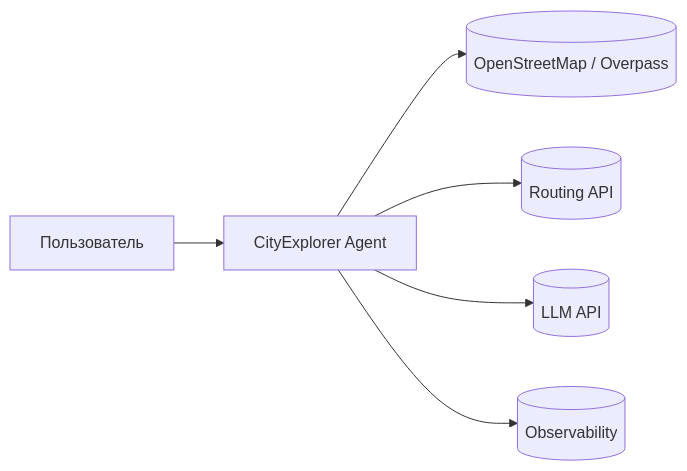
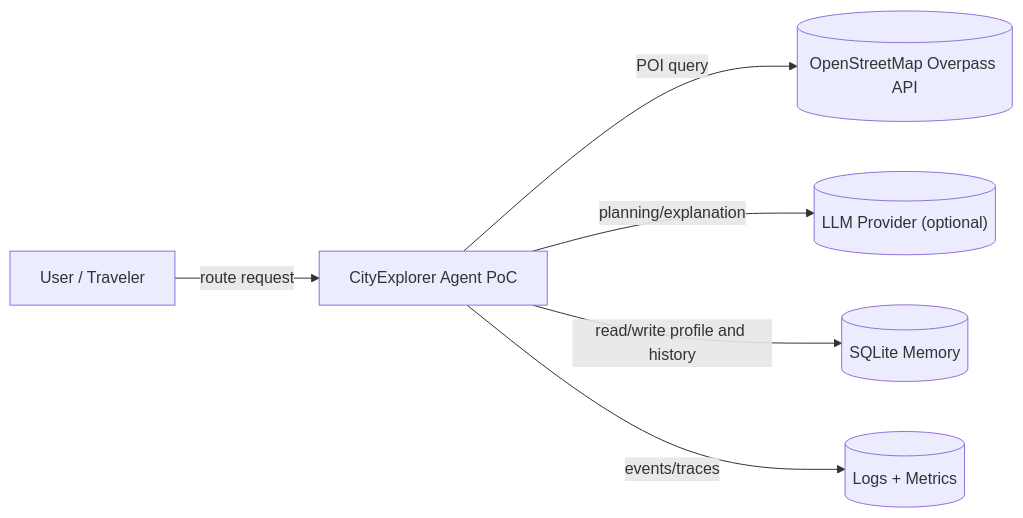
The diagram in docs/diagrams/c4-context.md (karaselerm/city-explorer-agent), drawn with Mermaid before and after one commit. The commit also changed other lines of this file and 61 other files, not shown here.

````diff
--- a/docs/diagrams/c4-context.md
+++ b/docs/diagrams/c4-context.md
@@ -3,16 +3,16 @@
 ```mermaid
 flowchart LR
-    User[Пользователь]
-    System[CityExplorer Agent]
+    User["User / Traveler"]
+    System["CityExplorer Agent PoC"]
 
-    OSM[(OpenStreetMap / Overpass)]
-    Routing[(Routing API)]
-    LLM[(LLM API)]
-    Logs[(Observability)]
+    OSM[("OpenStreetMap Overpass API")]
+    LLM[("LLM Provider (optional)")]
+    Storage[("SQLite Memory")]
+    Observability[("Logs + Metrics")]
 
-    User --> System
-    System --> OSM
-    System --> Routing
-    System --> LLM
-    System --> Logs
+    User -->|"route request"| System
+    System -->|"POI query"| OSM
+    System -->|"planning/explanation"| LLM
+    System -->|"read/write profile and history"| Storage
+    System -->|"events/traces"| Observability
 ```
````
